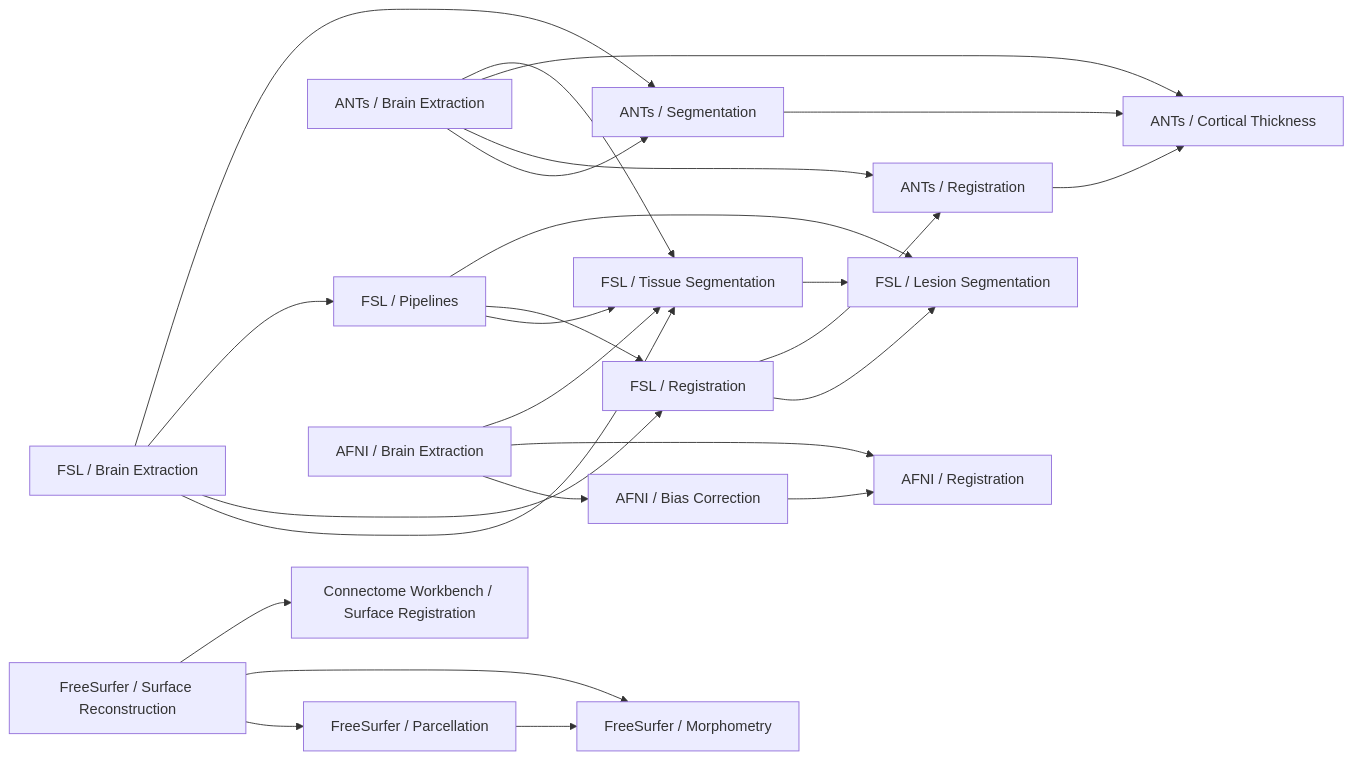
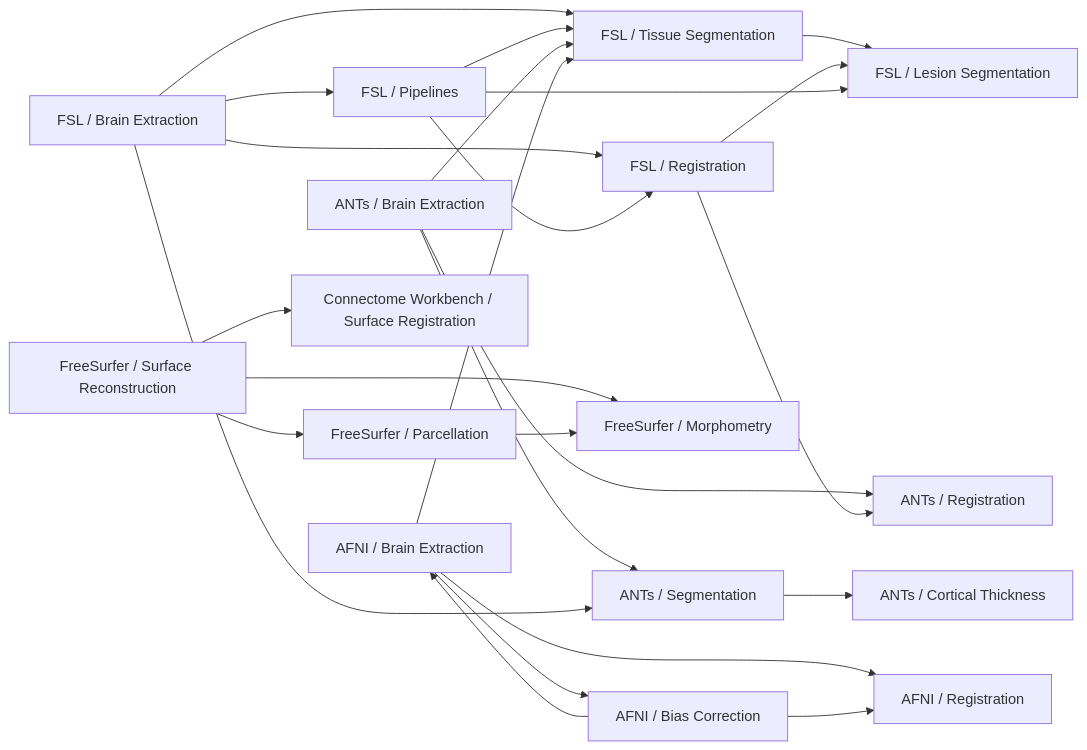
The diagram in utils/structural_mri_tests/connects/structural_mri_subsection_graph.mmd (KunaalAgarwal/fMRIbuild), drawn with Mermaid before and after one commit. The commit also changed 51 other files, not shown here.

```diff
--- a/utils/structural_mri_tests/connects/structural_mri_subsection_graph.mmd
+++ b/utils/structural_mri_tests/connects/structural_mri_subsection_graph.mmd
@@ -1,53 +1,52 @@
 flowchart LR
   %% Structural MRI subsection nodes discovered from src/data/toolData.js
   FSL_BRAIN["FSL / Brain Extraction"]
   FSL_TISSUE["FSL / Tissue Segmentation"]
   FSL_REG["FSL / Registration"]
   FSL_PIPE["FSL / Pipelines"]
   FSL_LESION["FSL / Lesion Segmentation"]
 
   ANTS_BRAIN["ANTs / Brain Extraction"]
   ANTS_SEG["ANTs / Segmentation"]
   ANTS_REG["ANTs / Registration"]
   ANTS_CT["ANTs / Cortical Thickness"]
 
   FS_SURF["FreeSurfer / Surface Reconstruction"]
   FS_PARC["FreeSurfer / Parcellation"]
   FS_MORPH["FreeSurfer / Morphometry"]
 
   AFNI_BRAIN["AFNI / Brain Extraction"]
   AFNI_BIAS["AFNI / Bias Correction"]
   AFNI_REG["AFNI / Registration"]
 
   WB_SURF_REG["Connectome Workbench / Surface Registration"]
 
   %% Directed subsection edges for realistic structural MRI pipelines
   FSL_BRAIN --> FSL_TISSUE
   FSL_BRAIN --> FSL_REG
   FSL_BRAIN --> FSL_PIPE
   FSL_TISSUE --> FSL_LESION
   FSL_REG --> FSL_LESION
   FSL_PIPE --> FSL_TISSUE
   FSL_PIPE --> FSL_REG
   FSL_PIPE --> FSL_LESION
 
   ANTS_BRAIN --> ANTS_SEG
   ANTS_BRAIN --> ANTS_REG
-  ANTS_BRAIN --> ANTS_CT
   ANTS_SEG --> ANTS_CT
-  ANTS_REG --> ANTS_CT
 
   FS_SURF --> FS_PARC
   FS_SURF --> FS_MORPH
   FS_PARC --> FS_MORPH
   FS_SURF --> WB_SURF_REG
 
+  AFNI_BIAS --> AFNI_BRAIN
   AFNI_BRAIN --> AFNI_BIAS
   AFNI_BRAIN --> AFNI_REG
   AFNI_BIAS --> AFNI_REG
 
   %% Cross-library handoff edges commonly used in mixed pipelines
   FSL_BRAIN --> ANTS_SEG
   ANTS_BRAIN --> FSL_TISSUE
   FSL_REG --> ANTS_REG
   AFNI_BRAIN --> FSL_TISSUE
```
